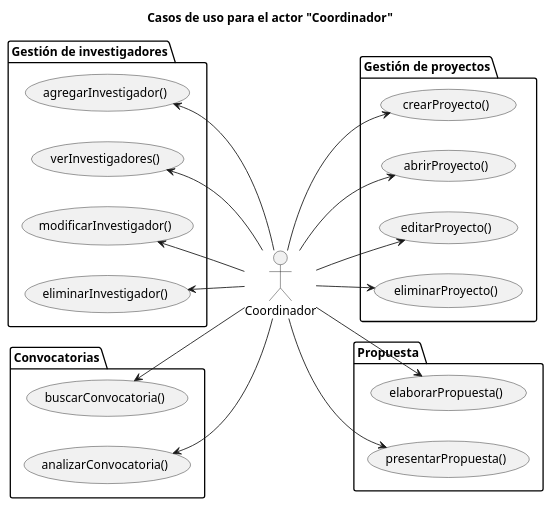
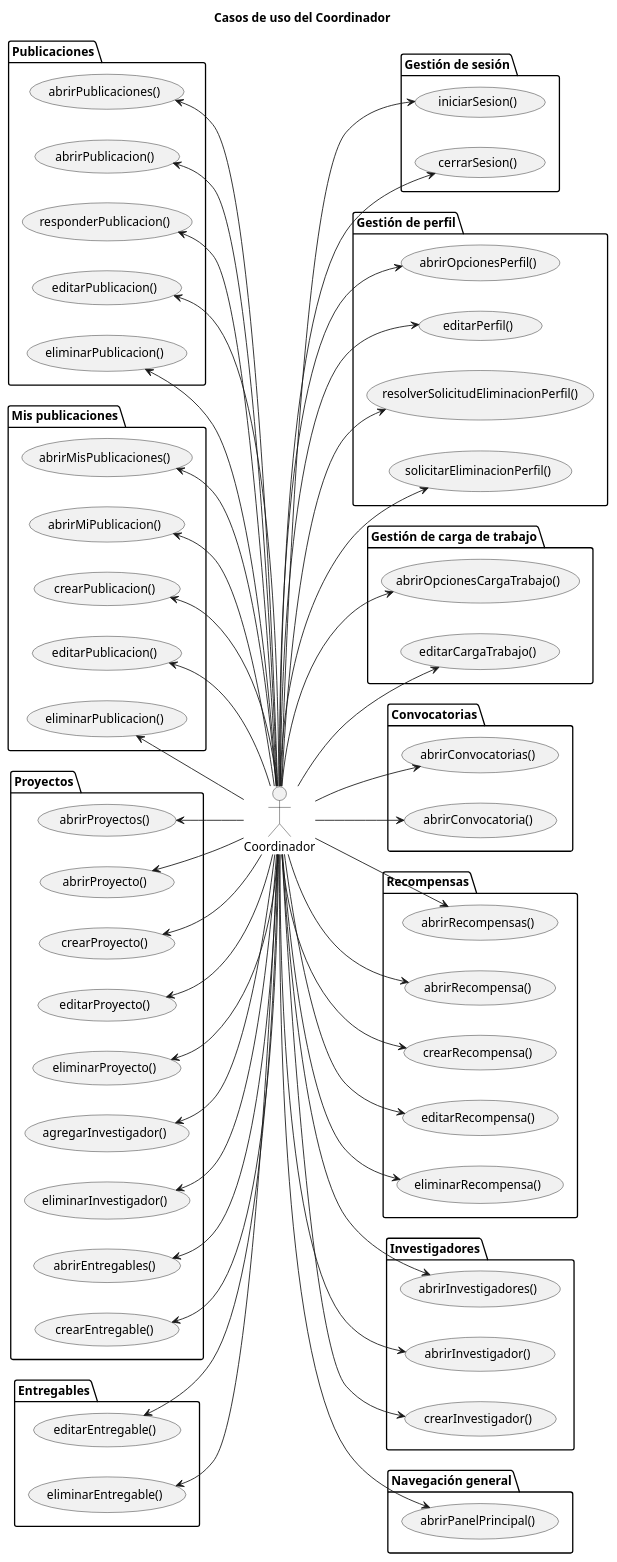
The diagram in documentación/CasosDeUso/Diagramas/CDUCoordinador.puml (31Diego/25-26-IdSw1-SdR), drawn with PlantUML before and after one commit. The commit also changed 1 other file, not shown here.

Commit message:
diagrama actor y casos de uso "coordinador"

```diff
--- a/documentación/CasosDeUso/Diagramas/CDUCoordinador.puml
+++ b/documentación/CasosDeUso/Diagramas/CDUCoordinador.puml
@@ -1,52 +1,133 @@
-@startuml CDUCoordinador
+@startuml CDUCoordinadorCompleto
 
-title Casos de uso para el actor "Coordinador"
-
+title Casos de uso del Coordinador
 left to right direction
 
 actor "Coordinador" as coordinador
 
-
-package "Gestión de proyectos" {
-    usecase crearProyecto as "crearProyecto()"
-    usecase abrirProyecto as "abrirProyecto()"
-    usecase editarProyecto as "editarProyecto()"
-    usecase eliminarProyecto as "eliminarProyecto()"
+package "Gestión de sesión" {
+    usecase UC_IniciarSesion as "iniciarSesion()"
+    usecase UC_CerrarSesion as "cerrarSesion()"
 }
 
-package "Gestión de investigadores" {
-    usecase agregarInvestigador as "agregarInvestigador()"
-    usecase verInvestigadores as "verInvestigadores()"
-    usecase modificarInvestigador as "modificarInvestigador()"
-    usecase eliminarInvestigador as "eliminarInvestigador()"
+package "Gestión de perfil" {
+    usecase UC_AbrirOpcionesPerfil as "abrirOpcionesPerfil()"
+    usecase UC_EditarPerfil as "editarPerfil()"
+    usecase UC_ResolverSolicitudEliminacionPerfil as "resolverSolicitudEliminacionPerfil()"
+    usecase UC_SolicitarEliminacionPerfil as "solicitarEliminacionPerfil()"
+}
+
+package "Gestión de carga de trabajo" {
+    usecase UC_AbrirOpcionesCargaTrabajo as "abrirOpcionesCargaTrabajo()"
+    usecase UC_EditarCargaTrabajo as "editarCargaTrabajo()"
+}
+
+package "Publicaciones" {
+    usecase UC_AbrirPublicaciones as "abrirPublicaciones()"
+    usecase UC_AbrirPublicacion as "abrirPublicacion()"
+    usecase UC_ResponderPublicacion as "responderPublicacion()"
+    usecase UC_EditarPublicacion as "editarPublicacion()"
+    usecase UC_EliminarPublicacion as "eliminarPublicacion()"
+}
+
+package "Mis publicaciones" {
+    usecase UC_AbrirMisPublicaciones as "abrirMisPublicaciones()"
+    usecase UC_AbrirMiPublicacion as "abrirMiPublicacion()"
+    usecase UC_CrearPublicacion as "crearPublicacion()"
+    usecase UC_EditarMiPublicacion as "editarPublicacion()"
+    usecase UC_EliminarMiPublicacion as "eliminarPublicacion()"
 }
 
 package "Convocatorias" {
-    usecase buscarConvocatoria as "buscarConvocatoria()"
-    usecase analizarConvocatoria as "analizarConvocatoria()"
+    usecase UC_AbrirConvocatorias as "abrirConvocatorias()"
+    usecase UC_AbrirConvocatoria as "abrirConvocatoria()"
 }
 
-package "Propuesta" {
-    usecase elaborarPropuesta as "elaborarPropuesta()"
-    usecase presentarPropuesta as "presentarPropuesta()"
+package "Recompensas" {
+    usecase UC_AbrirRecompensas as "abrirRecompensas()"
+    usecase UC_AbrirRecompensa as "abrirRecompensa()"
+    usecase UC_CrearRecompensa as "crearRecompensa()"
+    usecase UC_EditarRecompensa as "editarRecompensa()"
+    usecase UC_EliminarRecompensa as "eliminarRecompensa()"
 }
 
+package "Proyectos" {
+    usecase UC_AbrirProyectos as "abrirProyectos()"
+    usecase UC_AbrirProyecto as "abrirProyecto()"
+    usecase UC_CrearProyecto as "crearProyecto()"
+    usecase UC_EditarProyecto as "editarProyecto()"
+    usecase UC_EliminarProyecto as "eliminarProyecto()"
+    usecase UC_AgregarInvestigador as "agregarInvestigador()"
+    usecase UC_EliminarInvestigador as "eliminarInvestigador()"
+    usecase UC_AbrirEntregables as "abrirEntregables()"
+    usecase UC_CrearEntregable as "crearEntregable()"
+}
 
-coordinador --> (crearProyecto)
-coordinador --> (abrirProyecto)
-coordinador --> (editarProyecto)
-coordinador --> (eliminarProyecto)
+package "Entregables" {
+    usecase UC_EditarEntregable as "editarEntregable()"
+    usecase UC_EliminarEntregable as "eliminarEntregable()"
+}
 
-(agregarInvestigador) <-- coordinador
-(verInvestigadores) <-- coordinador
-(modificarInvestigador) <-- coordinador
-(eliminarInvestigador) <-- coordinador
+package "Investigadores" {
+    usecase UC_AbrirInvestigadores as "abrirInvestigadores()"
+    usecase UC_AbrirInvestigador as "abrirInvestigador()"
+    usecase UC_CrearInvestigador as "crearInvestigador()"
+}
 
+package "Navegación general" {
+    usecase UC_AbrirPanelPrincipal as "abrirPanelPrincipal()"
+}
 
-(buscarConvocatoria) <-- coordinador
-(analizarConvocatoria) <-- coordinador
+' Asociaciones (todas)
+coordinador --> UC_IniciarSesion
+coordinador --> UC_CerrarSesion
 
-coordinador --> (elaborarPropuesta)
-coordinador --> (presentarPropuesta)
+coordinador --> UC_AbrirOpcionesPerfil
+coordinador --> UC_EditarPerfil
+coordinador --> UC_ResolverSolicitudEliminacionPerfil
+coordinador --> UC_SolicitarEliminacionPerfil
+
+coordinador --> UC_AbrirOpcionesCargaTrabajo
+coordinador --> UC_EditarCargaTrabajo
+
+UC_AbrirPublicaciones <-- coordinador
+UC_AbrirPublicacion <-- coordinador
+UC_ResponderPublicacion <-- coordinador
+UC_EditarPublicacion <-- coordinador
+UC_EliminarPublicacion <-- coordinador
+
+UC_AbrirMisPublicaciones <-- coordinador
+UC_AbrirMiPublicacion <-- coordinador
+UC_CrearPublicacion <-- coordinador
+UC_EditarMiPublicacion <-- coordinador
+UC_EliminarMiPublicacion <-- coordinador
+
+coordinador --> UC_AbrirConvocatorias
+coordinador --> UC_AbrirConvocatoria
+
+coordinador --> UC_AbrirRecompensas
+coordinador --> UC_AbrirRecompensa
+coordinador --> UC_CrearRecompensa
+coordinador --> UC_EditarRecompensa
+coordinador --> UC_EliminarRecompensa
+
+UC_AbrirProyectos <-- coordinador
+UC_AbrirProyecto <-- coordinador
+UC_CrearProyecto <-- coordinador
+UC_EditarProyecto <-- coordinador
+UC_EliminarProyecto <-- coordinador
+UC_AgregarInvestigador <-- coordinador
+UC_EliminarInvestigador <-- coordinador
+UC_AbrirEntregables <-- coordinador
+UC_CrearEntregable <-- coordinador
+
+UC_EditarEntregable <-- coordinador
+UC_EliminarEntregable <-- coordinador
+
+coordinador --> UC_AbrirInvestigadores
+coordinador --> UC_AbrirInvestigador
+coordinador --> UC_CrearInvestigador
+
+coordinador --> UC_AbrirPanelPrincipal
 
 @enduml
```
